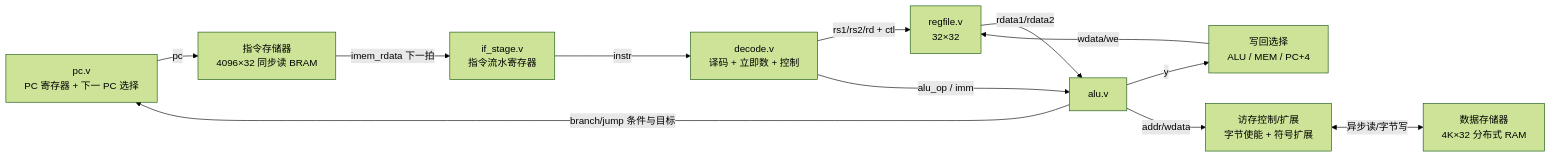
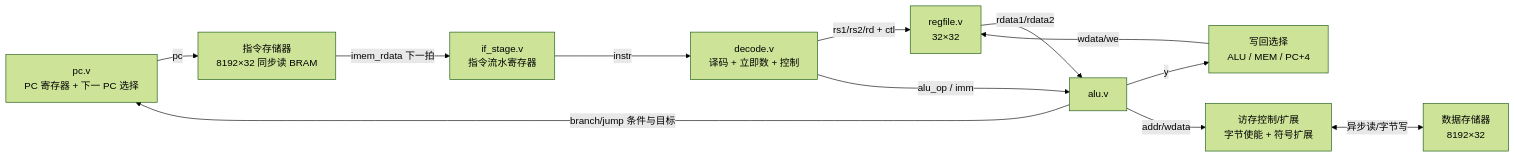
One commit to never-die-cold/FPGA-Alittle-Design changed the diagram in src/riscv/design_v0.md. Above: the diagram before and after it, drawn with Mermaid (forest theme). The commit also changed other lines of this file and 8 other files, not shown here.

````diff
--- a/src/riscv/design_v0.md
+++ b/src/riscv/design_v0.md
@@ -279,14 +280,14 @@
 ```mermaid
 flowchart LR
-    PC["pc.v<br/>PC 寄存器 + 下一 PC 选择"] -->|pc| IM["指令存储器<br/>4096×32 同步读 BRAM"]
+    PC["pc.v<br/>PC 寄存器 + 下一 PC 选择"] -->|pc| IM["指令存储器<br/>8192×32 同步读 BRAM"]
     IM -->|imem_rdata 下一拍| IF["if_stage.v<br/>指令流水寄存器"]
     IF -->|instr| DEC["decode.v<br/>译码 + 立即数 + 控制"]
     DEC -->|rs1/rs2/rd + ctl| RF["regfile.v<br/>32×32"]
     RF -->|rdata1/rdata2| ALU["alu.v"]
     DEC -->|alu_op / imm| ALU
     ALU -->|y| WB["写回选择<br/>ALU / MEM / PC+4"]
     WB -->|wdata/we| RF
     ALU -->|addr/wdata| MEMC["访存控制/扩展<br/>字节使能 + 符号扩展"]
-    MEMC <-->|异步读/字节写| DM["数据存储器<br/>4K×32 分布式 RAM"]
+    MEMC <-->|异步读/字节写| DM["数据存储器<br/>8192×32"]
     ALU -->|branch/jump 条件与目标| PC
 ```
````
